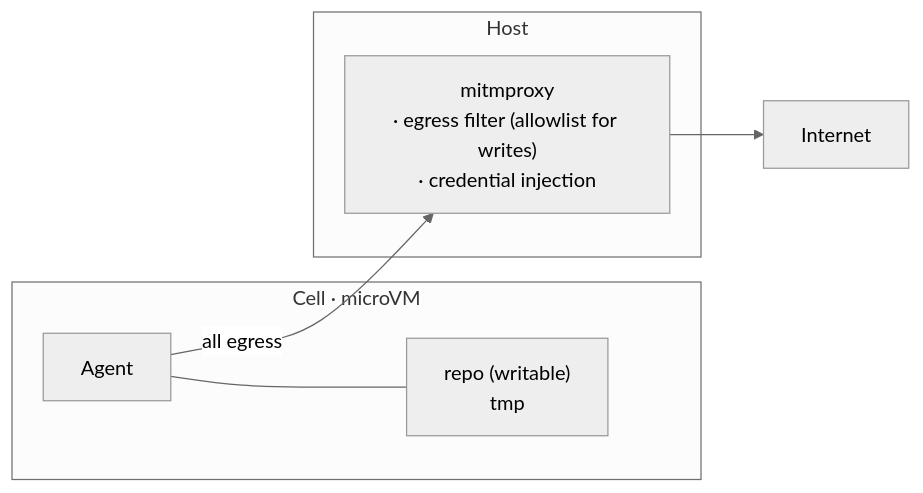
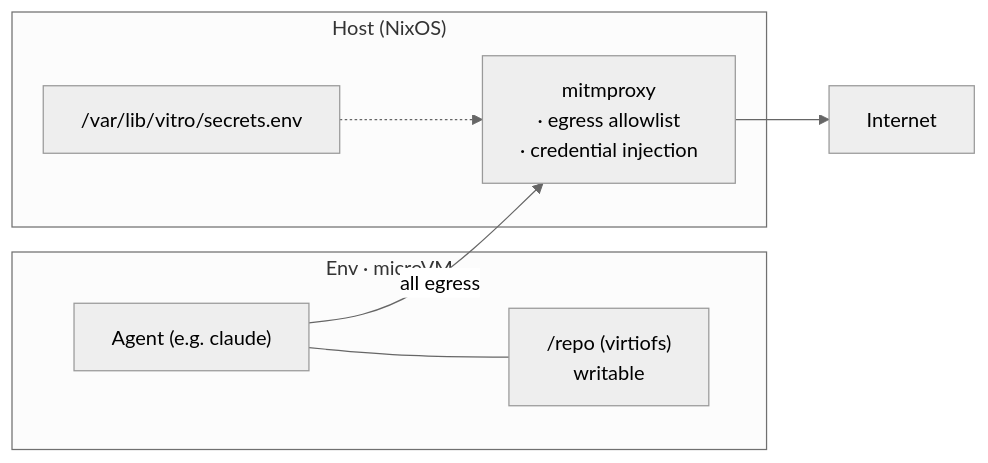
One commit to ixxie/vitro changed the diagram in README.md. Above: the diagram before and after it, drawn with Mermaid (neutral theme). The commit also changed other lines of this file, not shown here.

First line of the commit message:
docs: rewrite README for current architecture

````diff
--- a/README.md
+++ b/README.md
@@ -395,14 +32,16 @@
 ```mermaid
 flowchart LR
-    subgraph cell ["Cell · microVM"]
-        agent[Agent]
-        fs["repo (writable)<br/>tmp"]
-        agent --- fs
+    subgraph env ["Env · microVM"]
+        agent["Agent (e.g. claude)"]
+        repo["/repo (virtiofs)<br/>writable"]
+        agent --- repo
     end
-    subgraph host [Host]
-        proxy["mitmproxy<br/>· egress filter (allowlist for writes)<br/>· credential injection"]
+    subgraph host ["Host (NixOS)"]
+        proxy["mitmproxy<br/>· egress allowlist<br/>· credential injection"]
+        secrets["/var/lib/vitro/secrets.env"]
+        secrets -.-> proxy
     end
     internet[Internet]
     agent -->|all egress| proxy
     proxy --> internet
 ```
````
